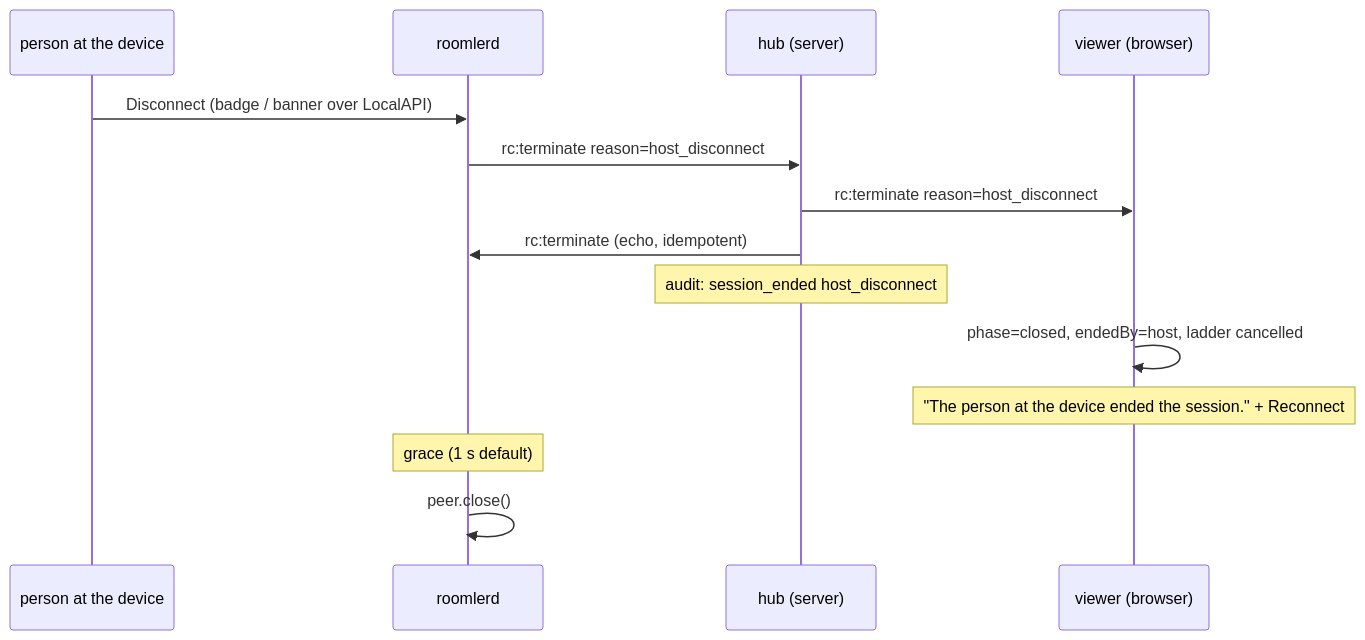
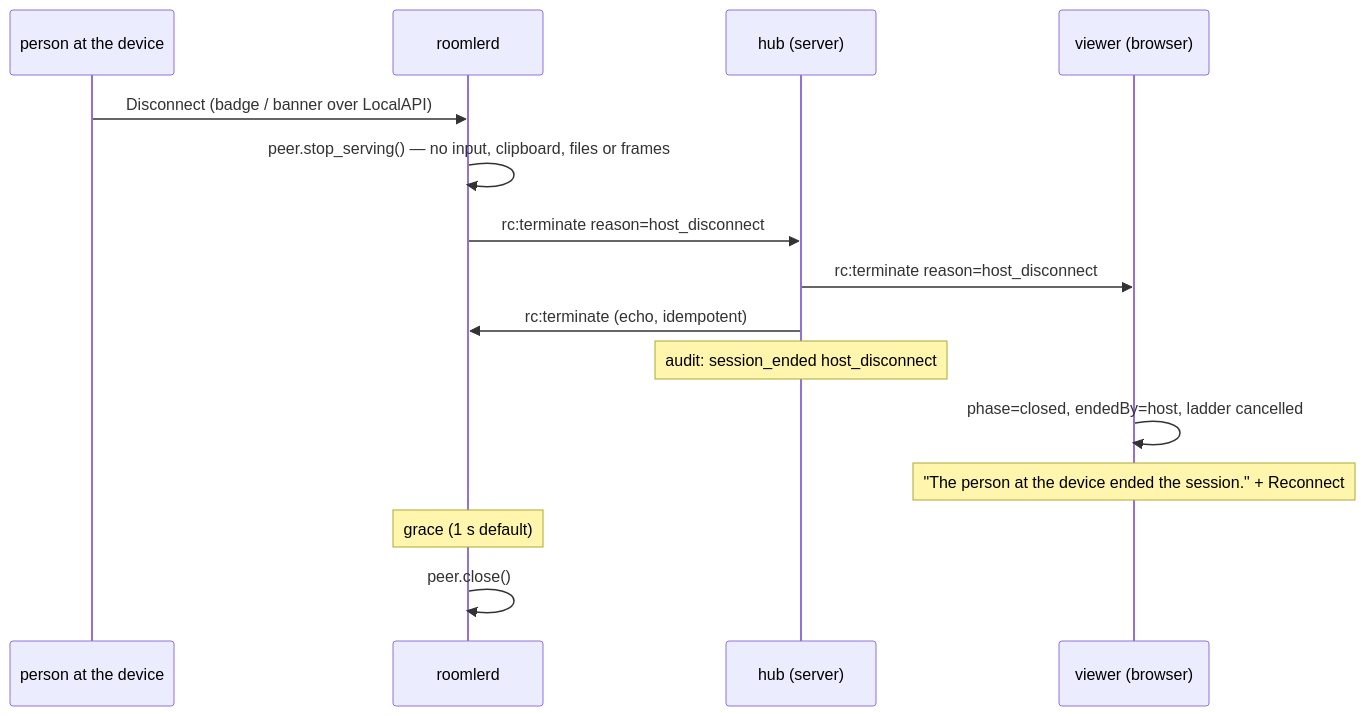
Before and after one commit to gjovanov/roomler-ai: the fifth of 9 diagrams in docs/remote-control.md, drawn with Mermaid. The commit also changed other lines of this file and 5 other files, not shown here.

````diff
--- a/docs/remote-control.md
+++ b/docs/remote-control.md
@@ -753,16 +753,17 @@
 ```mermaid
 sequenceDiagram
     participant H as person at the device
     participant A as roomlerd
     participant S as hub (server)
     participant V as viewer (browser)
     H->>A: Disconnect (badge / banner over LocalAPI)
+    A->>A: peer.stop_serving() — no input, clipboard, files or frames
     A->>S: rc:terminate reason=host_disconnect
     S->>V: rc:terminate reason=host_disconnect
     S->>A: rc:terminate (echo, idempotent)
     Note over S: audit: session_ended host_disconnect
     V->>V: phase=closed, endedBy=host, ladder cancelled
     Note over V: "The person at the device ended the session." + Reconnect
     Note over A: grace (1 s default)
     A->>A: peer.close()
 ```
````
